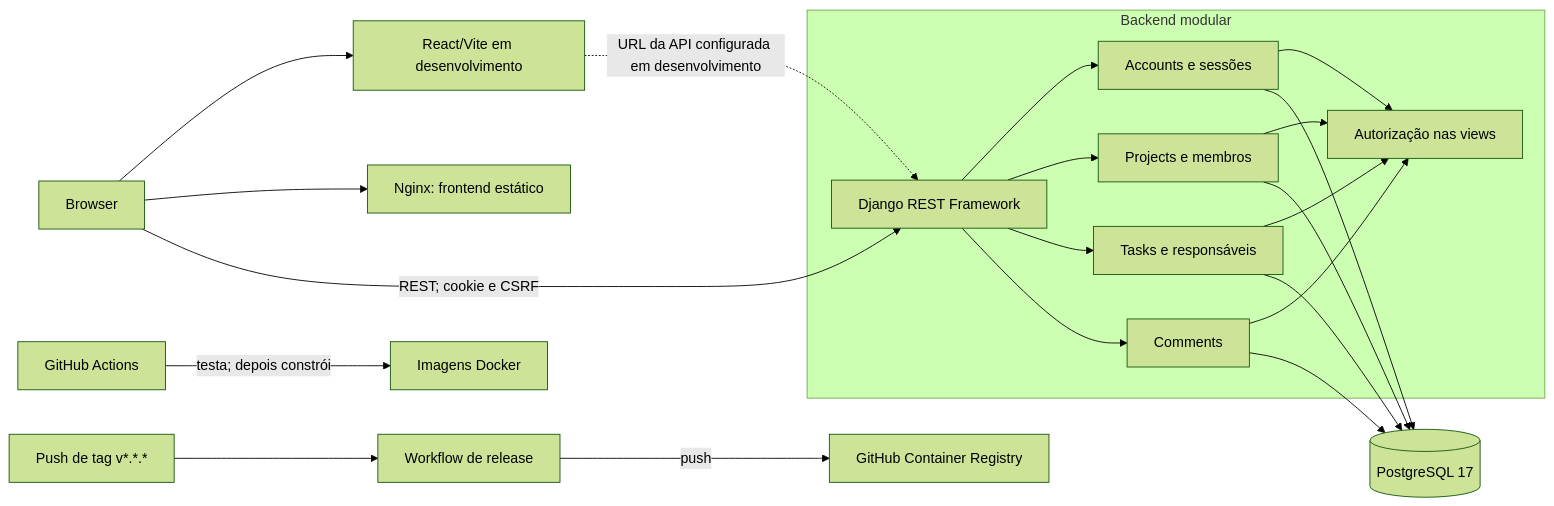
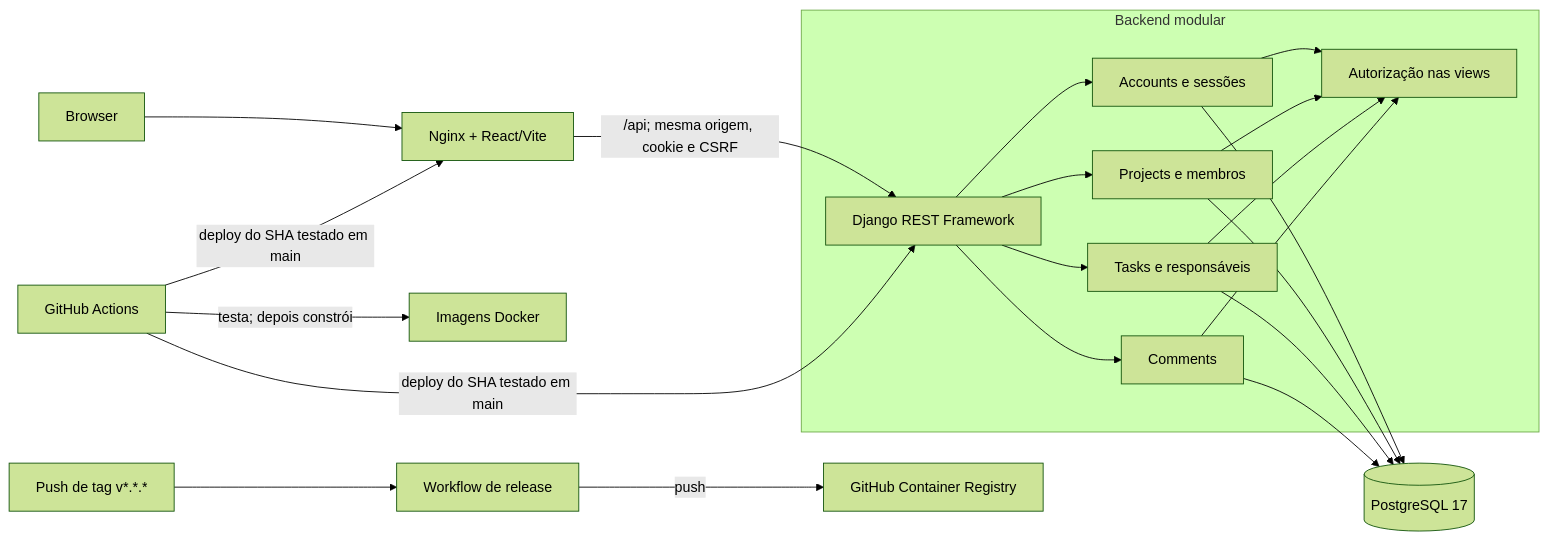
The diagram in docs/architecture.md (simcampos/matriz---project-manager), drawn with Mermaid (forest theme) before and after one commit. The commit also changed other lines of this file and 9 other files, not shown here.

````diff
--- a/docs/architecture.md
+++ b/docs/architecture.md
@@ -20,24 +20,24 @@
 ```mermaid
 flowchart LR
-    B[Browser] --> FE[React/Vite em desenvolvimento]
-    B --> NG[Nginx: frontend estático]
-    B -->|REST; cookie e CSRF| API[Django REST Framework]
-    FE -. URL da API configurada em desenvolvimento .-> API
+    B[Browser] --> FE[Nginx + React/Vite]
+    FE -->|/api; mesma origem, cookie e CSRF| API[Django REST Framework]
     subgraph Backend modular
         API --> ACC[Accounts e sessões]
         API --> PRJ[Projects e membros]
         API --> TSK[Tasks e responsáveis]
         API --> CMT[Comments]
         ACC --> AUTH[Autorização nas views]
         PRJ --> AUTH
         TSK --> AUTH
         CMT --> AUTH
     end
     ACC --> DB[(PostgreSQL 17)]
     PRJ --> DB
     TSK --> DB
     CMT --> DB
     GH[GitHub Actions] -->|testa; depois constrói| IMG[Imagens Docker]
+    GH -->|deploy do SHA testado em main| API
+    GH -->|deploy do SHA testado em main| FE
     TAG[Push de tag v*.*.*] --> REL[Workflow de release]
     REL -->|push| GHCR[GitHub Container Registry]
 ```
````
